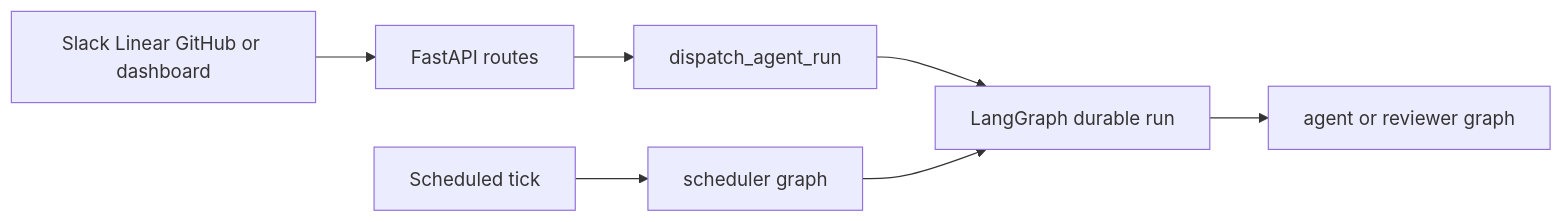
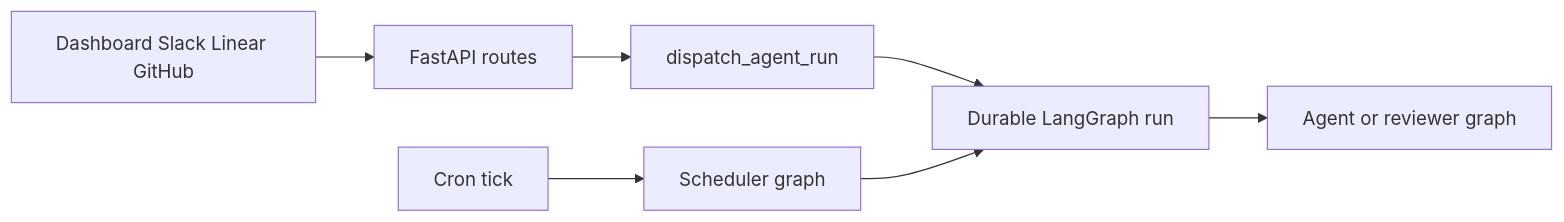
Before and after one commit to langchain-ai/open-swe: the diagram in openwiki/quickstart.md, drawn with Mermaid. The commit also changed other lines of this file and 52 other files, not shown here.

````diff
--- a/openwiki/quickstart.md
+++ b/openwiki/quickstart.md
@@ -68,9 +89,9 @@
 ```mermaid
 flowchart LR
-    Trigger["Slack Linear GitHub or dashboard"] --> HTTP["FastAPI routes"]
-    HTTP --> Dispatch["dispatch_agent_run"]
-    Dispatch --> Runtime["LangGraph durable run"]
-    Runtime --> Agent["agent or reviewer graph"]
-    Cron["Scheduled tick"] --> Scheduler["scheduler graph"]
-    Scheduler --> Runtime
+    Trigger["Dashboard Slack Linear GitHub"] --> Api["FastAPI routes"]
+    Api --> Dispatch["dispatch_agent_run"]
+    Dispatch --> Run["Durable LangGraph run"]
+    Run --> Agent["Agent or reviewer graph"]
+    Cron["Cron tick"] --> Scheduler["Scheduler graph"]
+    Scheduler --> Run
 ```
````
